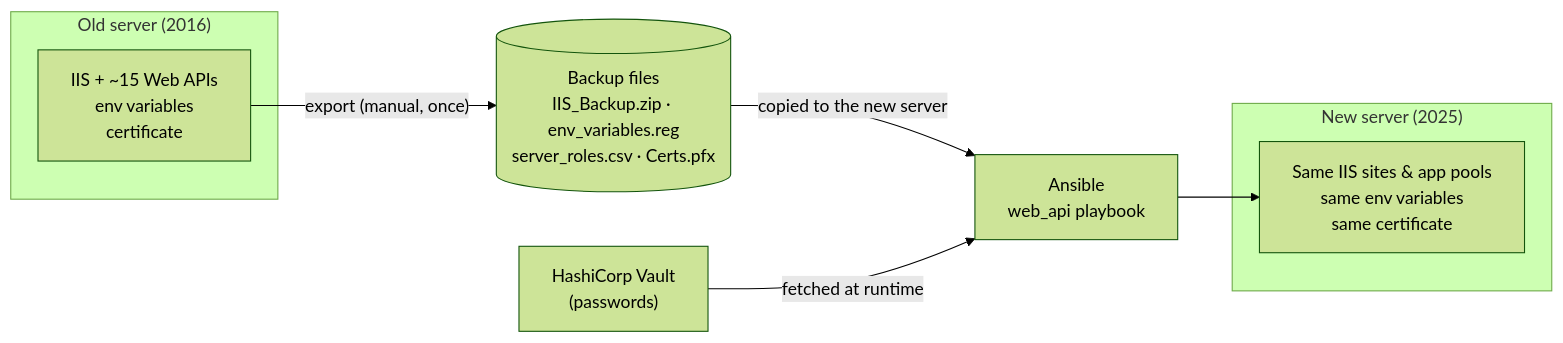
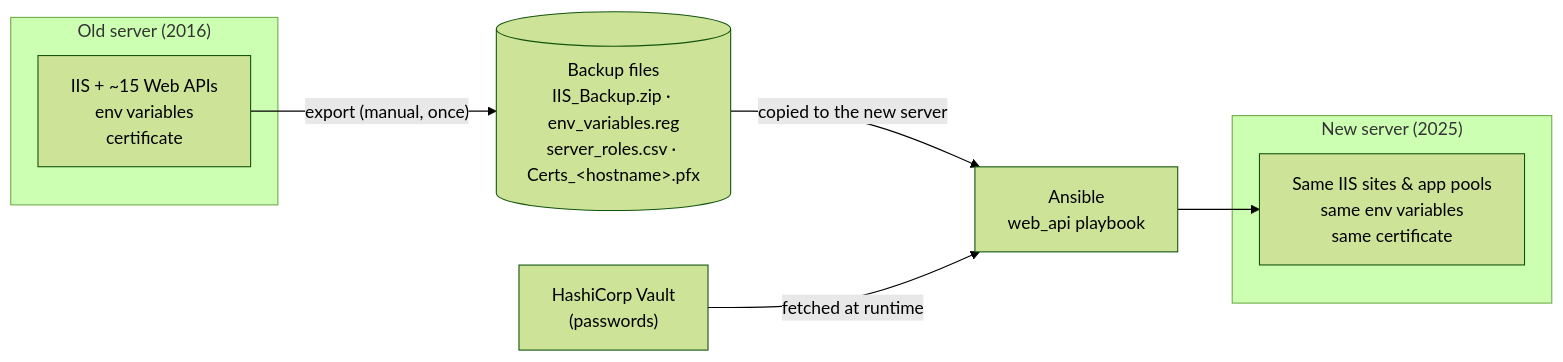
The first of 3 diagrams in docs/web_api_migration.md (kriarun/ansible-lab), drawn with Mermaid (forest theme) before and after one commit. The commit also changed other lines of this file and 1 other file, not shown here.

````diff
--- a/docs/web_api_migration.md
+++ b/docs/web_api_migration.md
@@ -19,16 +19,16 @@
 ```mermaid
 flowchart LR
     subgraph Old["Old server (2016)"]
         O["IIS + ~15 Web APIs<br/>env variables<br/>certificate"]
     end
     subgraph New["New server (2025)"]
         N["Same IIS sites & app pools<br/>same env variables<br/>same certificate"]
     end
-    B[("Backup files<br/>IIS_Backup.zip · env_variables.reg<br/>server_roles.csv · Certs.pfx")]
+    B[("Backup files<br/>IIS_Backup.zip · env_variables.reg<br/>server_roles.csv · Certs_&lt;hostname&gt;.pfx")]
     V["HashiCorp Vault<br/>(passwords)"]
 
     O -- "export (manual, once)" --> B
     B -- "copied to the new server" --> A["Ansible<br/>web_api playbook"]
     V -- "fetched at runtime" --> A
     A --> N
 ```
````
